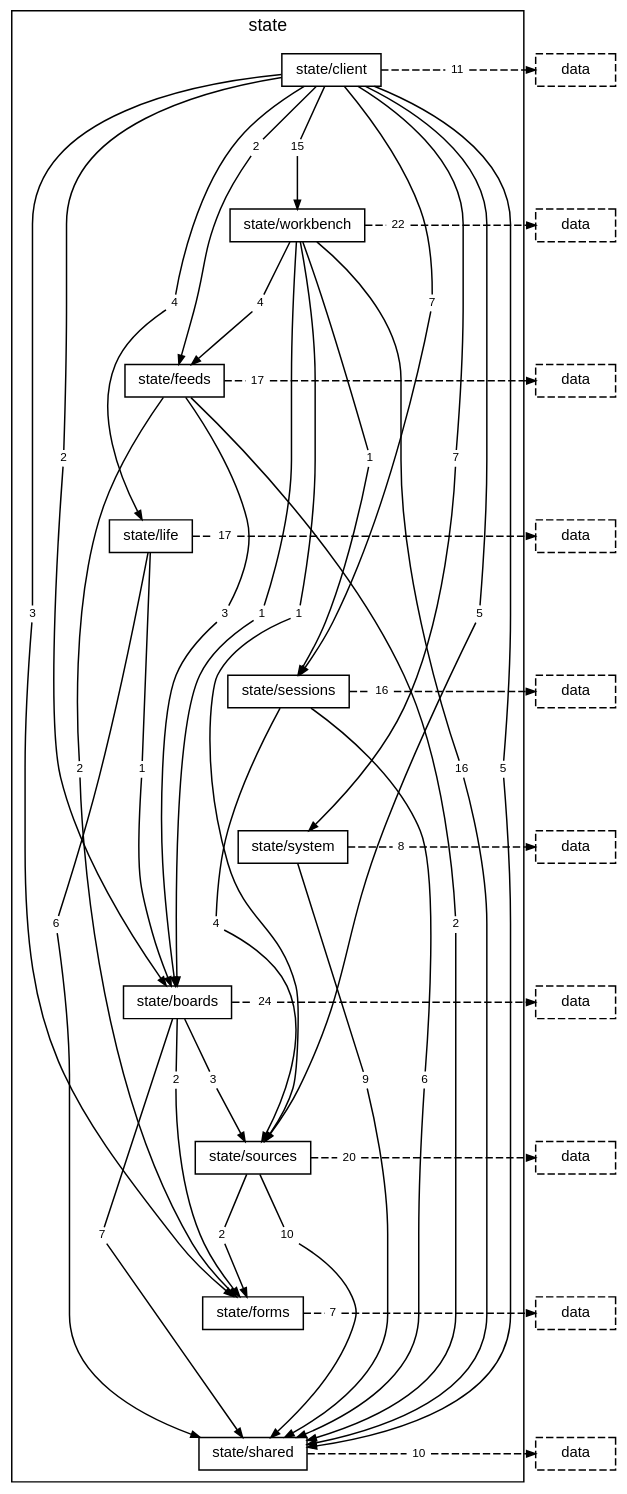
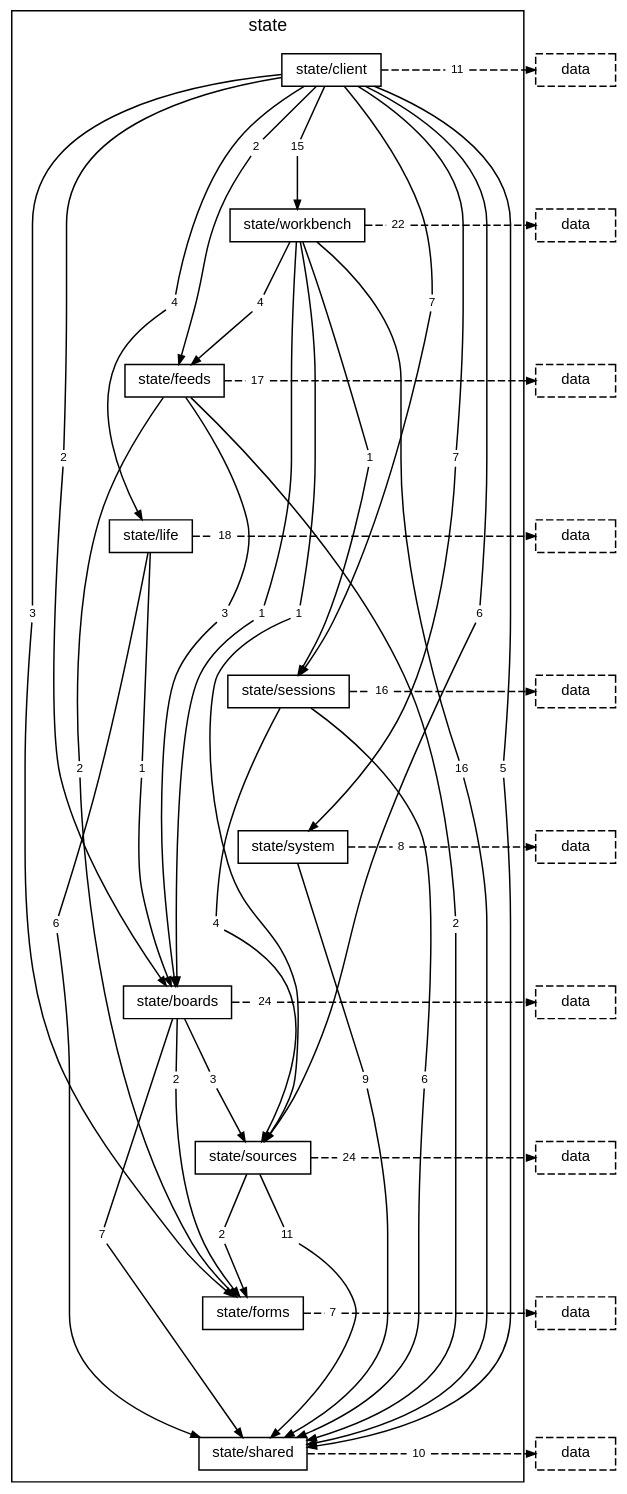
One commit to TheAxeC/oculus changed the diagram in docs/diagrams/layer-state.dot. Above: the diagram before and after it, drawn with Graphviz. The commit also changed 100 other files, not shown here.

```diff
--- a/docs/diagrams/layer-state.dot
+++ b/docs/diagrams/layer-state.dot
@@ -20,7 +20,7 @@
         "folder state/client to folder state/life" [label="4", shape=box, color="transparent", fontsize=8, width=0, height=0, margin="0.04,0.02"];
         "folder state/client to folder state/sessions" [label="7", shape=box, color="transparent", fontsize=8, width=0, height=0, margin="0.04,0.02"];
         "folder state/client to folder state/shared" [label="5", shape=box, color="transparent", fontsize=8, width=0, height=0, margin="0.04,0.02"];
-        "folder state/client to folder state/sources" [label="5", shape=box, color="transparent", fontsize=8, width=0, height=0, margin="0.04,0.02"];
+        "folder state/client to folder state/sources" [label="6", shape=box, color="transparent", fontsize=8, width=0, height=0, margin="0.04,0.02"];
         "folder state/client to folder state/system" [label="7", shape=box, color="transparent", fontsize=8, width=0, height=0, margin="0.04,0.02"];
         "folder state/client to folder state/workbench" [label="15", shape=box, color="transparent", fontsize=8, width=0, height=0, margin="0.04,0.02"];
         "folder state/client to layer data" [label="11", shape=box, color="transparent", fontsize=8, width=0, height=0, margin="0.04,0.02"];
@@ -36,7 +36,7 @@
         "folder state/feeds to layer data" [label="17", shape=box, color="transparent", fontsize=8, width=0, height=0, margin="0.04,0.02"];
         "folder state/life to folder state/boards" [label="1", shape=box, color="transparent", fontsize=8, width=0, height=0, margin="0.04,0.02"];
         "folder state/life to folder state/shared" [label="6", shape=box, color="transparent", fontsize=8, width=0, height=0, margin="0.04,0.02"];
-        "folder state/life to layer data" [label="17", shape=box, color="transparent", fontsize=8, width=0, height=0, margin="0.04,0.02"];
+        "folder state/life to layer data" [label="18", shape=box, color="transparent", fontsize=8, width=0, height=0, margin="0.04,0.02"];
         "folder state/sessions to folder state/shared" [label="6", shape=box, color="transparent", fontsize=8, width=0, height=0, margin="0.04,0.02"];
         "folder state/sessions to folder state/sources" [label="4", shape=box, color="transparent", fontsize=8, width=0, height=0, margin="0.04,0.02"];
         "folder state/sessions to layer data" [label="16", shape=box, color="transparent", fontsize=8, width=0, height=0, margin="0.04,0.02"];
@@ -47,8 +47,8 @@
         "folder state/boards to folder state/sources" [label="3", shape=box, color="transparent", fontsize=8, width=0, height=0, margin="0.04,0.02"];
         "folder state/boards to layer data" [label="24", shape=box, color="transparent", fontsize=8, width=0, height=0, margin="0.04,0.02"];
         "folder state/sources to folder state/forms" [label="2", shape=box, color="transparent", fontsize=8, width=0, height=0, margin="0.04,0.02"];
-        "folder state/sources to folder state/shared" [label="10", shape=box, color="transparent", fontsize=8, width=0, height=0, margin="0.04,0.02"];
-        "folder state/sources to layer data" [label="20", shape=box, color="transparent", fontsize=8, width=0, height=0, margin="0.04,0.02"];
+        "folder state/sources to folder state/shared" [label="11", shape=box, color="transparent", fontsize=8, width=0, height=0, margin="0.04,0.02"];
+        "folder state/sources to layer data" [label="24", shape=box, color="transparent", fontsize=8, width=0, height=0, margin="0.04,0.02"];
         "folder state/forms to layer data" [label="7", shape=box, color="transparent", fontsize=8, width=0, height=0, margin="0.04,0.02"];
         "folder state/shared to layer data" [label="10", shape=box, color="transparent", fontsize=8, width=0, height=0, margin="0.04,0.02"];
     }
```
